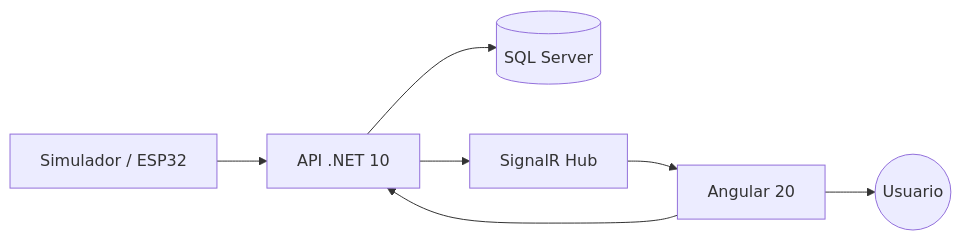
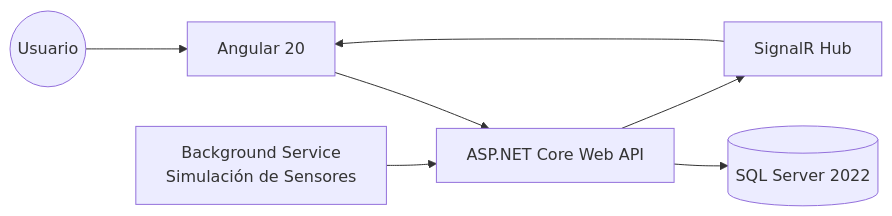
The first of 4 diagrams in docs/DOC-13-Arquitectura de Software.md (acifuinaMar/ClimGuard), drawn with Mermaid before and after one commit. The commit also changed other lines of this file and 7 other files, not shown here.

````diff
--- a/docs/DOC-13-Arquitectura de Software.md
+++ b/docs/DOC-13-Arquitectura de Software.md
@@ -29,27 +29,27 @@
 ```mermaid
 flowchart LR
 
-ESP32["Simulador / ESP32"]
+Usuario((Usuario))
 
-API["API .NET 10"]
+Angular["Angular 20"]
 
-SQL[(SQL Server)]
+API["ASP.NET Core Web API"]
+
+Background["Background Service<br/>Simulación de Sensores"]
+
+SQL[(SQL Server 2022)]
 
 SignalR["SignalR Hub"]
 
-Angular["Angular 20"]
+Angular --> API
 
-Usuario((Usuario))
+Usuario --> Angular
 
-ESP32 --> API
+Background --> API
 
 API --> SQL
 
 API --> SignalR
 
 SignalR --> Angular
-
-Angular --> Usuario
-
-Angular --> API
 ```
````
